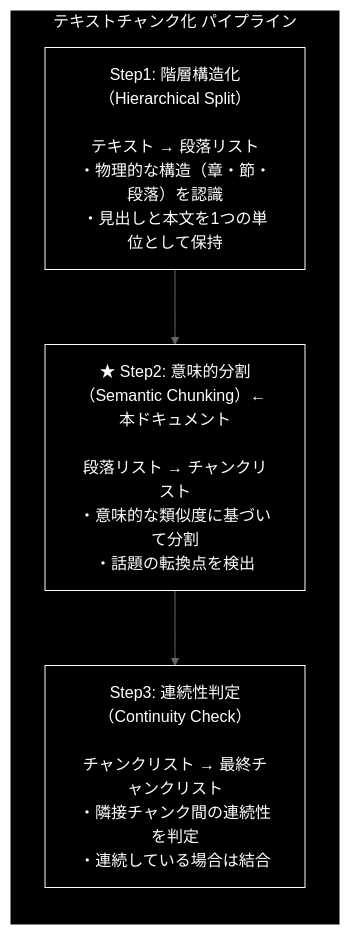
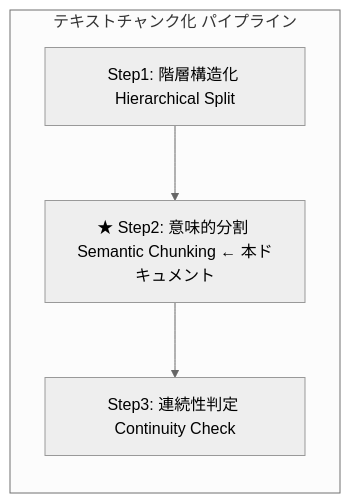
One commit to nakashima2toshio/gemini_grace_agent changed the first of 2 diagrams in chunking/doc/step2.md. Above: the diagram before and after it, drawn with Mermaid (neutral theme). The commit also changed other lines of this file and 26 other files, not shown here.

````diff
--- a/chunking/doc/step2.md
+++ b/chunking/doc/step2.md
@@ -23,20 +23,13 @@
 ```mermaid
 graph TD
     subgraph PIPELINE["テキストチャンク化 パイプライン"]
         direction TB
 
-        STEP1["Step1: 階層構造化（Hierarchical Split）<br/><br/>テキスト → 段落リスト<br/>・物理的な構造（章・節・段落）を認識<br/>・見出しと本文を1つの単位として保持"]
-
-        STEP2["★ Step2: 意味的分割（Semantic Chunking）← 本ドキュメント<br/><br/>段落リスト → チャンクリスト<br/>・意味的な類似度に基づいて分割<br/>・話題の転換点を検出"]
-
-        STEP3["Step3: 連続性判定（Continuity Check）<br/><br/>チャンクリスト → 最終チャンクリスト<br/>・隣接チャンク間の連続性を判定<br/>・連続している場合は結合"]
+        STEP1["Step1: 階層構造化 Hierarchical Split"]
+        STEP2["★ Step2: 意味的分割 Semantic Chunking ← 本ドキュメント"]
+        STEP3["Step3: 連続性判定 Continuity Check"]
 
         STEP1 --> STEP2
         STEP2 --> STEP3
     end
-
-    style PIPELINE fill:#000000,stroke:#ffffff,color:#ffffff
-    style STEP1 fill:#000000,stroke:#ffffff,color:#ffffff
-    style STEP2 fill:#000000,stroke:#ffffff,color:#ffffff
-    style STEP3 fill:#000000,stroke:#ffffff,color:#ffffff
 ```
````
